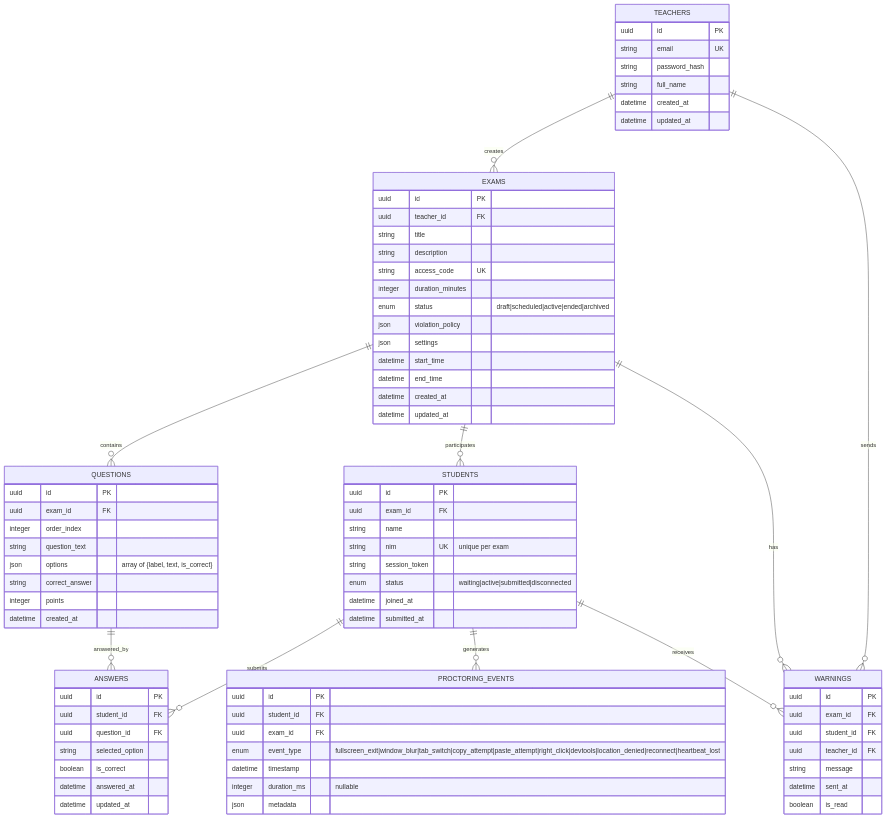
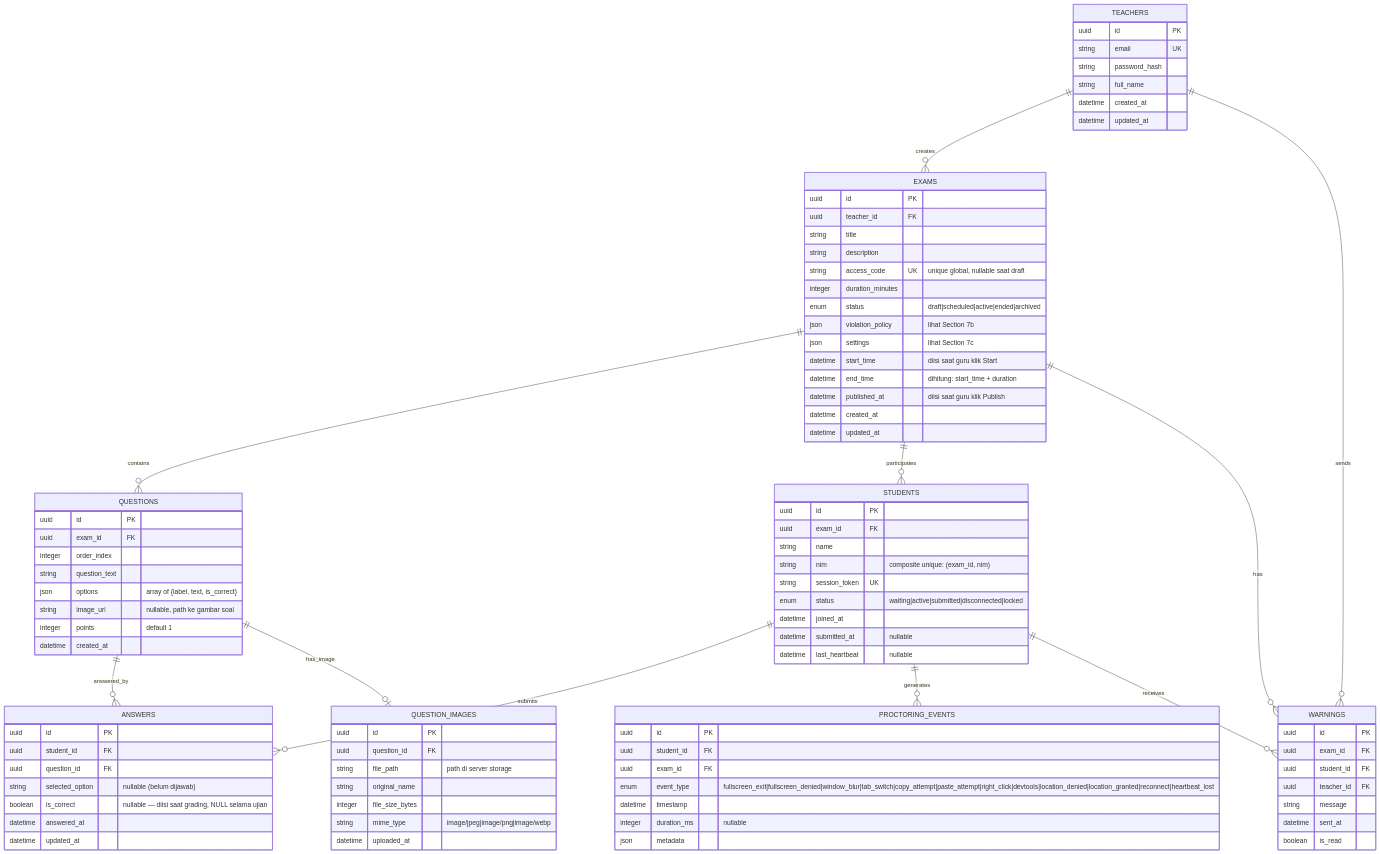
One commit to amdqeis/LockIt changed the second of 6 diagrams in docs/PRD.md. Above: the diagram before and after it, drawn with Mermaid. The commit also changed other lines of this file, not shown here.

```diff
--- a/docs/PRD.md
+++ b/docs/PRD.md
@@ -235,13 +300,14 @@
         uuid teacher_id FK
         string title
         string description
-        string access_code UK
+        string access_code UK "unique global, nullable saat draft"
         integer duration_minutes
         enum status "draft|scheduled|active|ended|archived"
-        json violation_policy
-        json settings
-        datetime start_time
-        datetime end_time
+        json violation_policy "lihat Section 7b"
+        json settings "lihat Section 7c"
+        datetime start_time "diisi saat guru klik Start"
+        datetime end_time "dihitung: start_time + duration"
+        datetime published_at "diisi saat guru klik Publish"
         datetime created_at
         datetime updated_at
     }
@@ -252,8 +318,8 @@
         integer order_index
         string question_text
         json options "array of {label, text, is_correct}"
-        string correct_answer
-        integer points
+        string image_url "nullable, path ke gambar soal"
+        integer points "default 1"
         datetime created_at
     }
 
@@ -261,19 +327,20 @@
         uuid id PK
         uuid exam_id FK
         string name
-        string nim UK "unique per exam"
-        string session_token
-        enum status "waiting|active|submitted|disconnected"
+        string nim "composite unique: (exam_id, nim)"
+        string session_token UK
+        enum status "waiting|active|submitted|disconnected|locked"
         datetime joined_at
-        datetime submitted_at
+        datetime submitted_at "nullable"
+        datetime last_heartbeat "nullable"
     }
 
     ANSWERS {
         uuid id PK
         uuid student_id FK
         uuid question_id FK
-        string selected_option
-        boolean is_correct
+        string selected_option "nullable (belum dijawab)"
+        boolean is_correct "nullable — diisi saat grading, NULL selama ujian"
         datetime answered_at
         datetime updated_at
     }
@@ -282,7 +349,7 @@
         uuid id PK
         uuid student_id FK
         uuid exam_id FK
-        enum event_type "fullscreen_exit|window_blur|tab_switch|copy_attempt|paste_attempt|right_click|devtools|location_denied|reconnect|heartbeat_lost"
+        enum event_type "fullscreen_exit|fullscreen_denied|window_blur|tab_switch|copy_attempt|paste_attempt|right_click|devtools|location_denied|location_granted|reconnect|heartbeat_lost"
         datetime timestamp
         integer duration_ms "nullable"
         json metadata
@@ -298,12 +365,23 @@
         boolean is_read
     }
 
+    QUESTION_IMAGES {
+        uuid id PK
+        uuid question_id FK
+        string file_path "path di server storage"
+        string original_name
+        integer file_size_bytes
+        string mime_type "image/jpeg|image/png|image/webp"
+        datetime uploaded_at
+    }
+
     TEACHERS ||--o{ EXAMS : creates
     EXAMS ||--o{ QUESTIONS : contains
     EXAMS ||--o{ STUDENTS : participates
     STUDENTS ||--o{ ANSWERS : submits
     STUDENTS ||--o{ PROCTORING_EVENTS : generates
     QUESTIONS ||--o{ ANSWERS : answered_by
+    QUESTIONS ||--o| QUESTION_IMAGES : has_image
     EXAMS ||--o{ WARNINGS : has
     STUDENTS ||--o{ WARNINGS : receives
     TEACHERS ||--o{ WARNINGS : sends
```
